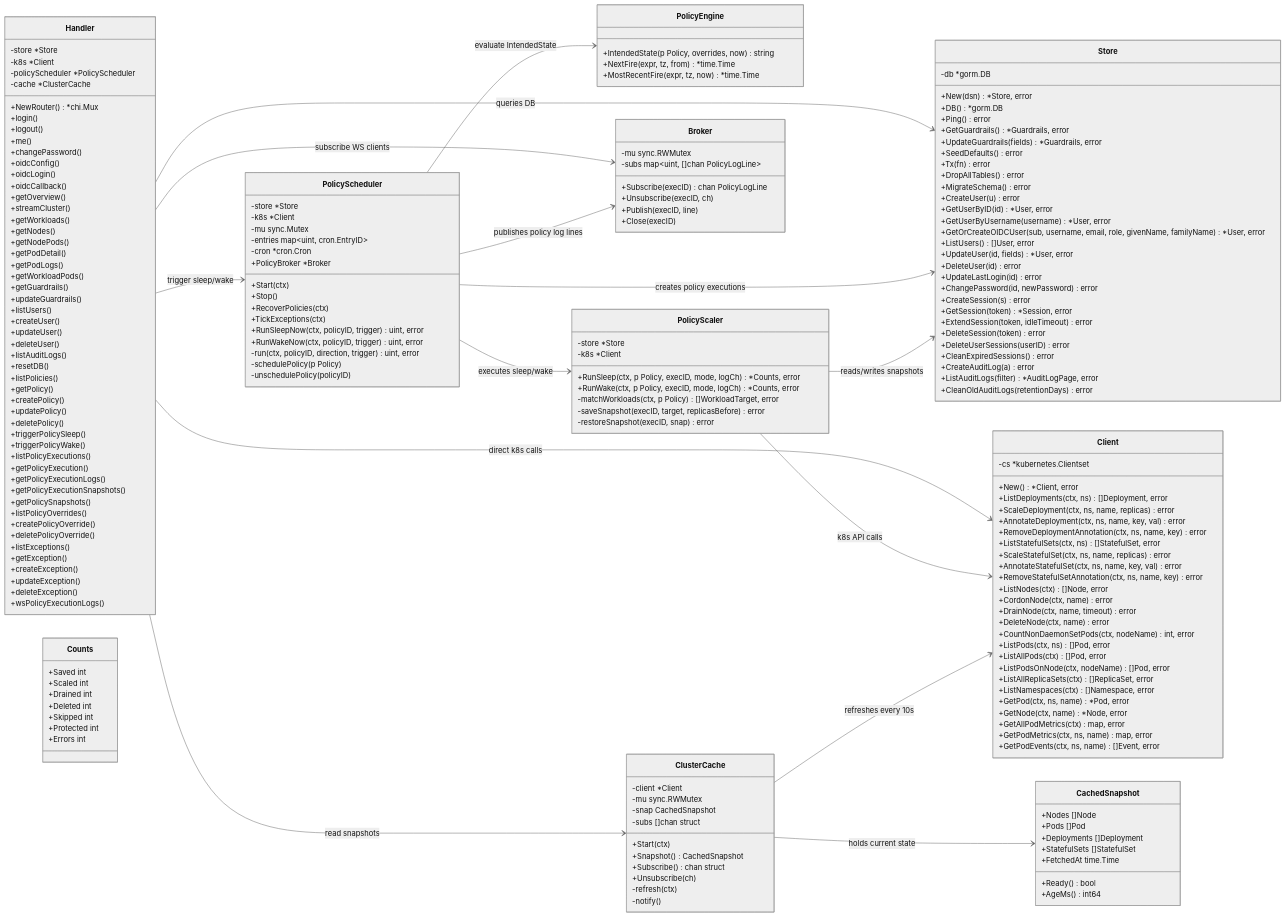
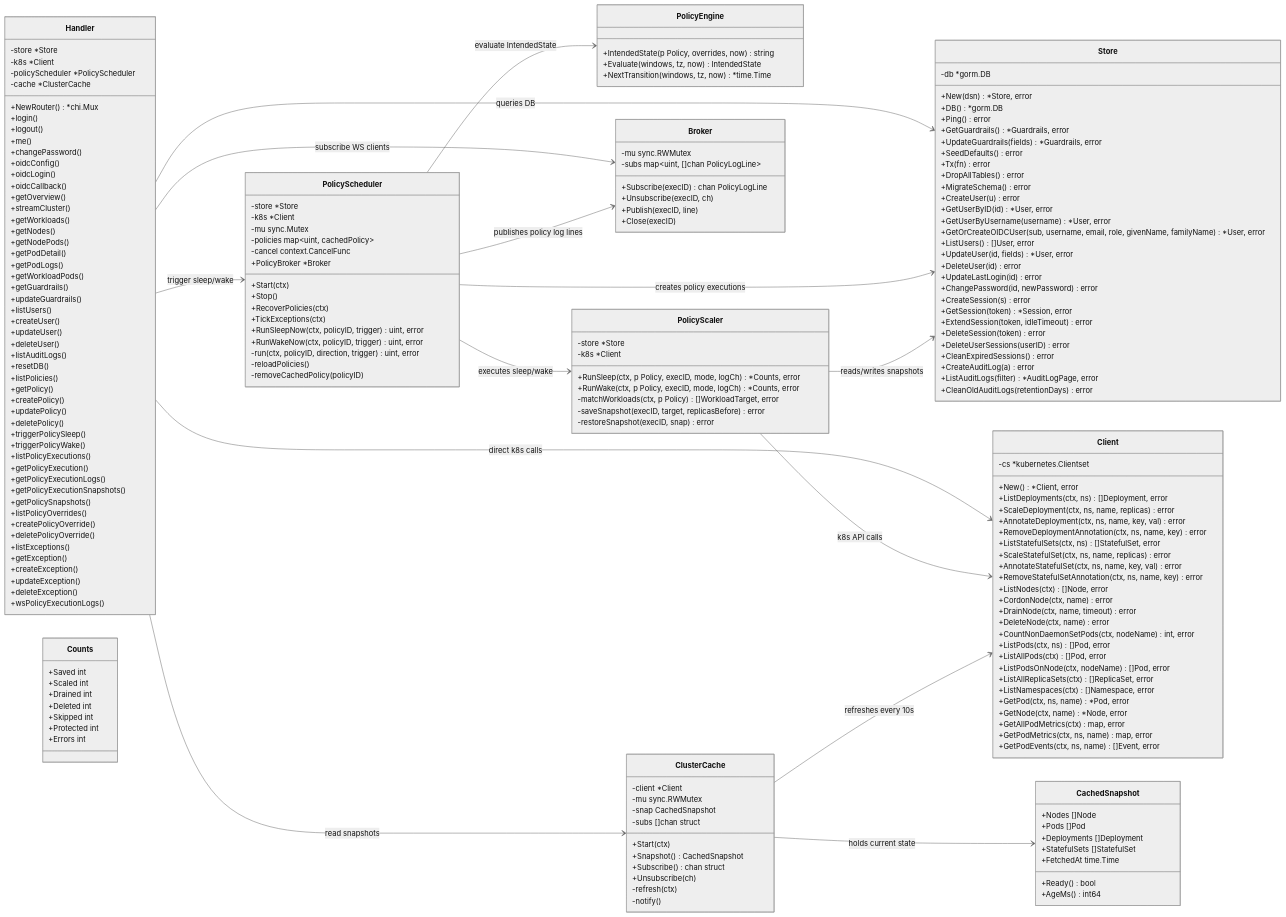
The second of 9 diagrams in ARCHITECTURE.md (MacXsimilian/kube-phoenix), drawn with Mermaid (neutral theme) before and after one commit. The commit also changed other lines of this file and 8 other files, not shown here.

```diff
--- a/ARCHITECTURE.md
+++ b/ARCHITECTURE.md
@@ -1097,8 +1097,8 @@
         -store *Store
         -k8s *Client
         -mu sync.Mutex
-        -entries map~uint, cron.EntryID~
-        -cron *cron.Cron
+        -policies map~uint, cachedPolicy~
+        -cancel context.CancelFunc
         +PolicyBroker *Broker
         +Start(ctx)
         +Stop()
@@ -1107,14 +1107,14 @@
         +RunSleepNow(ctx, policyID, trigger) uint, error
         +RunWakeNow(ctx, policyID, trigger) uint, error
         -run(ctx, policyID, direction, trigger) uint, error
-        -schedulePolicy(p Policy)
-        -unschedulePolicy(policyID)
+        -reloadPolicies()
+        -removeCachedPolicy(policyID)
     }
 
     class PolicyEngine {
         +IntendedState(p Policy, overrides, now) string
-        +NextFire(expr, tz, from) *time.Time
-        +MostRecentFire(expr, tz, now) *time.Time
+        +Evaluate(windows, tz, now) IntendedState
+        +NextTransition(windows, tz, now) *time.Time
     }
 
     class PolicyScaler {
```
